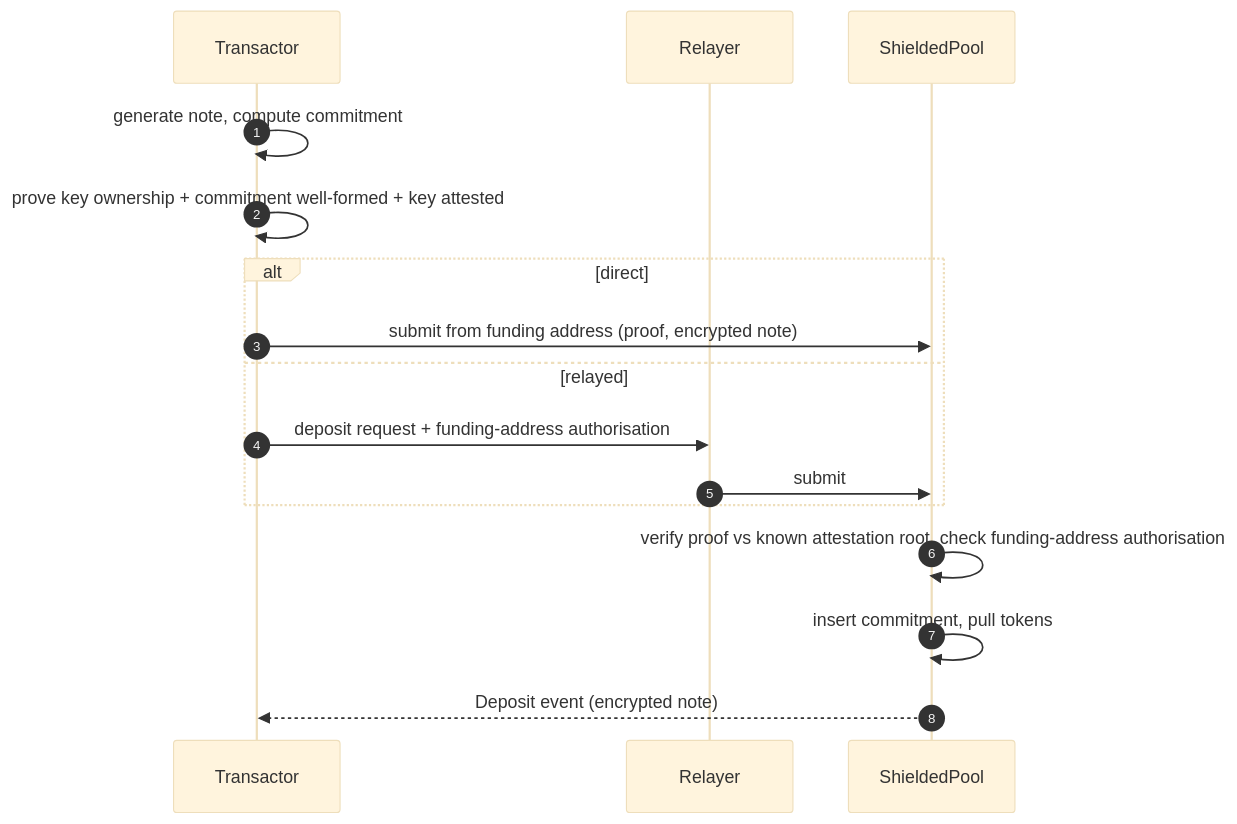
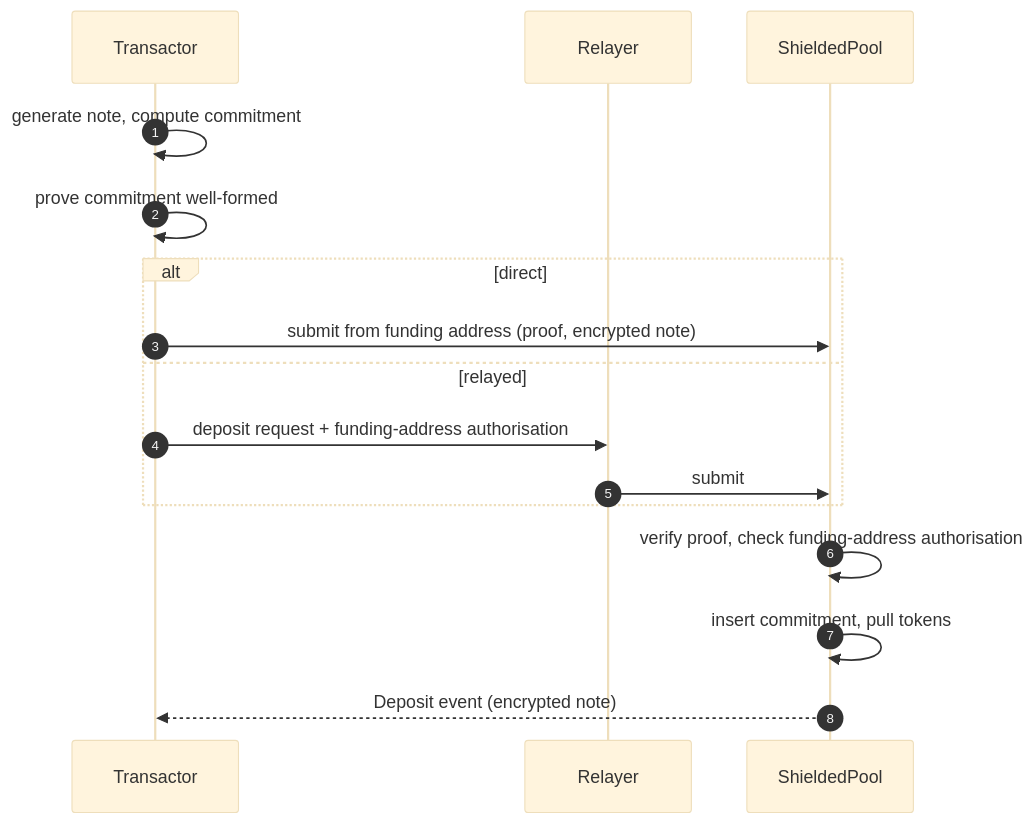
The first of 3 diagrams in specs/2/README.md (ethsystems/specs), drawn with Mermaid (base theme) before and after one commit. The commit also changed other lines of this file and 2 other files, not shown here.

````diff
--- a/specs/2/README.md
+++ b/specs/2/README.md
@@ -152,18 +123,18 @@
 ```mermaid
 sequenceDiagram
     autonumber
     participant T as Transactor
     participant R as Relayer
     participant P as ShieldedPool
     T->>T: generate note, compute commitment
-    T->>T: prove key ownership + commitment well-formed + key attested
+    T->>T: prove commitment well-formed
     alt direct
         T->>P: submit from funding address (proof, encrypted note)
     else relayed
         T->>R: deposit request + funding-address authorisation
         R->>P: submit
     end
-    P->>P: verify proof vs known attestation root, check funding-address authorisation
+    P->>P: verify proof, check funding-address authorisation
     P->>P: insert commitment, pull tokens
     P-->>T: Deposit event (encrypted note)
 ```
````
